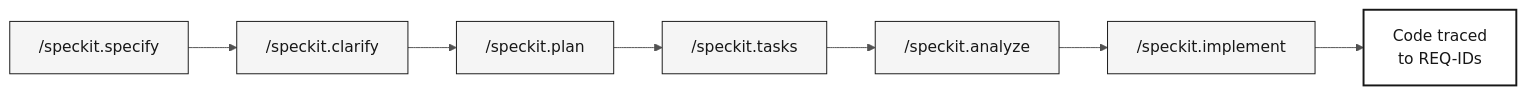
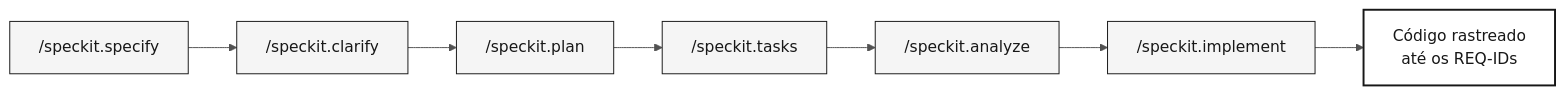
Before and after one commit to paulasilvatech/datacorp-sifap-team-kit-pt-br: the diagram in specs/README.md, drawn with Mermaid. The commit also changed other lines of this file and 361 other files, not shown here.

````diff
--- a/specs/README.md
+++ b/specs/README.md
@@ -46,13 +46,13 @@
 ```mermaid
 %%{init: {'theme':'neutral','themeVariables':{'fontFamily':'ui-sans-serif, system-ui, sans-serif','primaryColor':'#F5F5F5','primaryTextColor':'#171717','primaryBorderColor':'#171717','lineColor':'#525252','secondaryColor':'#FFFFFF','tertiaryColor':'#FAFAFA','background':'#FFFFFF'}}}%%
 flowchart LR
     classDef step fill:#F5F5F5,stroke:#171717,color:#171717
     classDef result fill:#FFFFFF,stroke:#171717,color:#171717,stroke-width:2px
 
     A["/speckit.specify"]:::step --> B["/speckit.clarify"]:::step
     B --> C["/speckit.plan"]:::step
     C --> D["/speckit.tasks"]:::step
     D --> E["/speckit.analyze"]:::step
     E --> F["/speckit.implement"]:::step
-    F --> G["Code traced<br/>to REQ-IDs"]:::result
+    F --> G["Código rastreado<br/>até os REQ-IDs"]:::result
 ```
````
